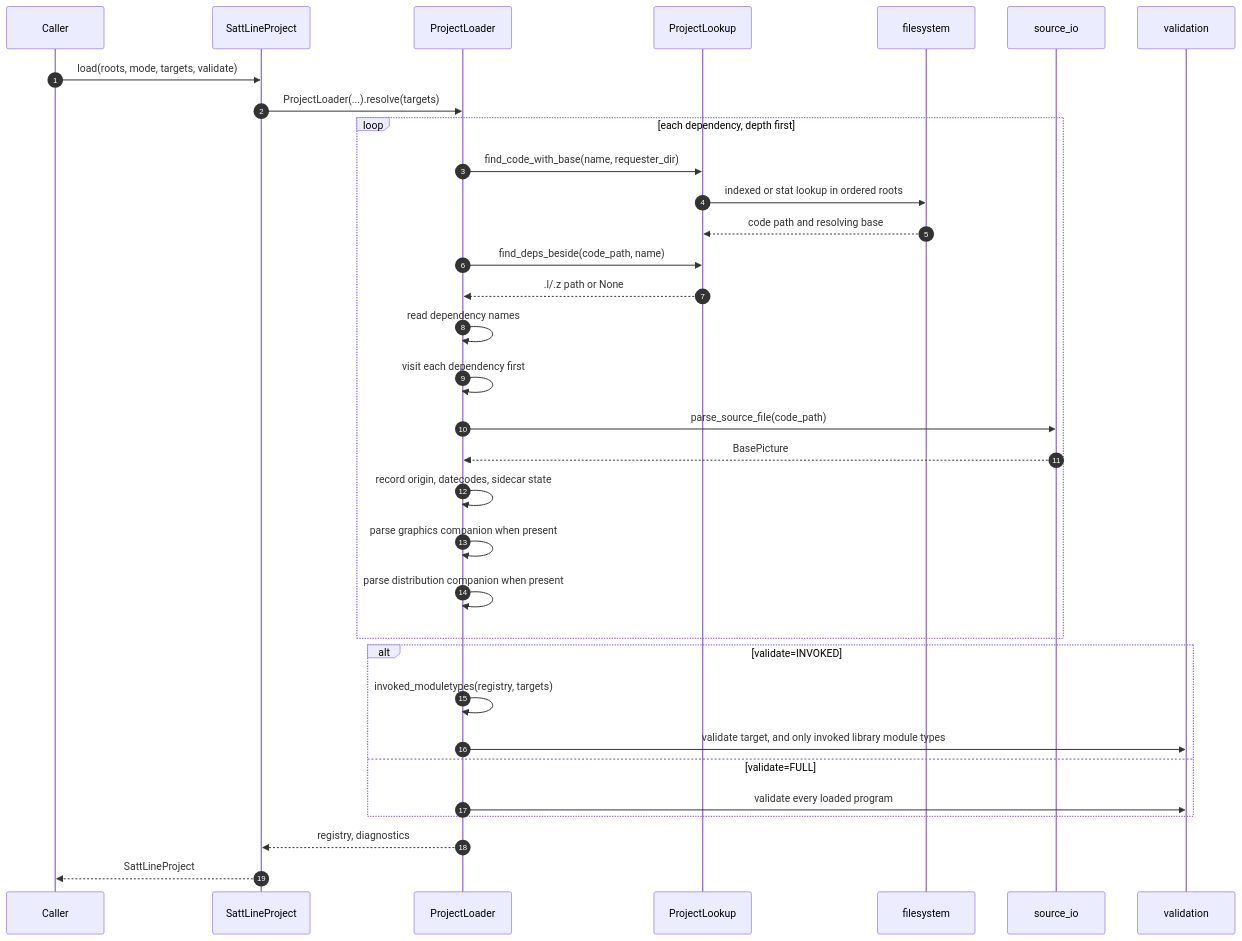
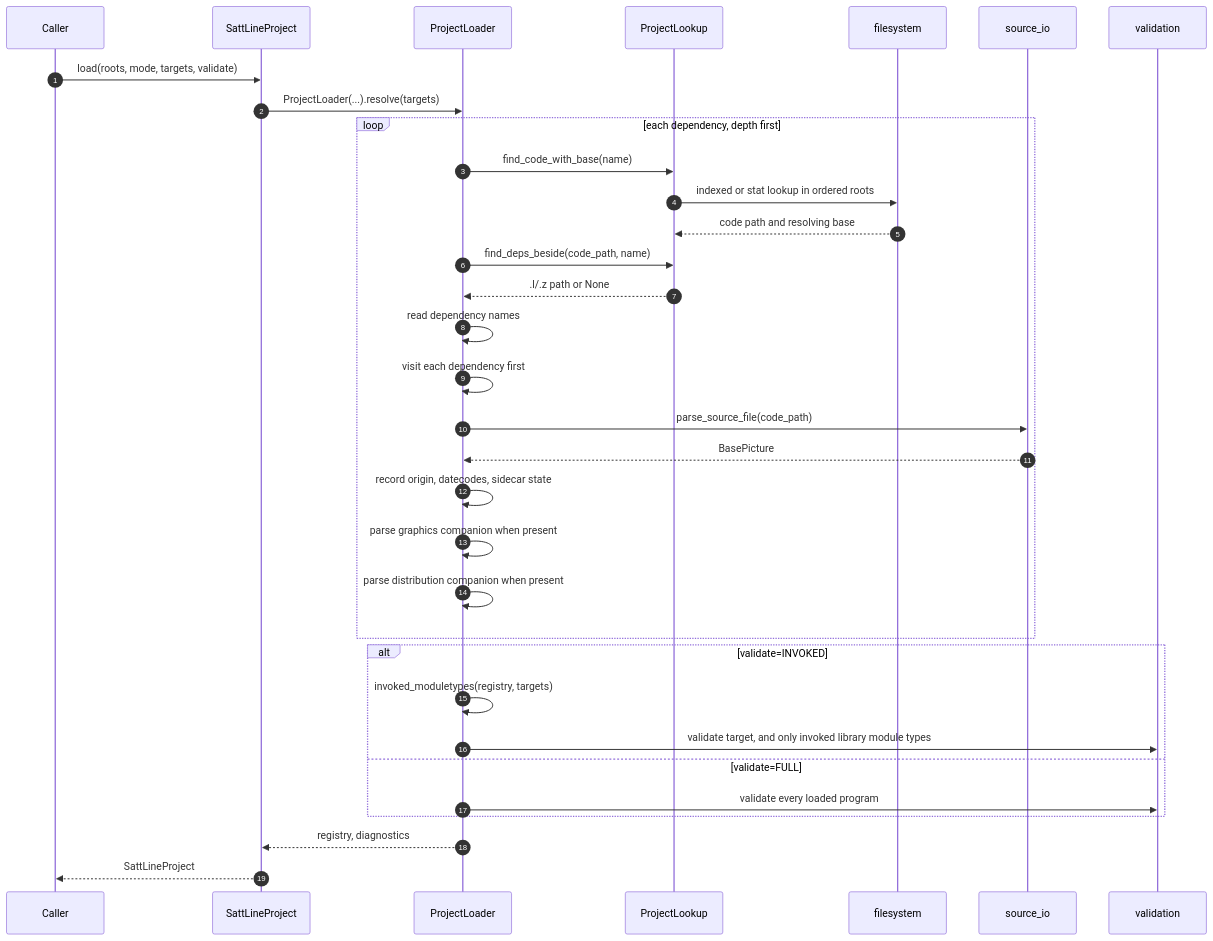
The third of 4 diagrams in docs/architecture.md (SorenHJohansen/sattline-parser), drawn with Mermaid before and after one commit. The commit also changed 15 other files, not shown here.

````diff
--- a/docs/architecture.md
+++ b/docs/architecture.md
@@ -183,36 +183,36 @@
 ```mermaid
 sequenceDiagram
     autonumber
     participant Caller
     participant P as SattLineProject
     participant L as ProjectLoader
     participant D as ProjectLookup
     participant FS as filesystem
     participant S as source_io
     participant V as validation
 
     Caller->>P: load(roots, mode, targets, validate)
     P->>L: ProjectLoader(...).resolve(targets)
     loop each dependency, depth first
-        L->>D: find_code_with_base(name, requester_dir)
+        L->>D: find_code_with_base(name)
         D->>FS: indexed or stat lookup in ordered roots
         FS-->>D: code path and resolving base
         L->>D: find_deps_beside(code_path, name)
         D-->>L: .l/.z path or None
         L->>L: read dependency names
         L->>L: visit each dependency first
         L->>S: parse_source_file(code_path)
         S-->>L: BasePicture
         L->>L: record origin, datecodes, sidecar state
         L->>L: parse graphics companion when present
         L->>L: parse distribution companion when present
     end
     alt validate=INVOKED
         L->>L: invoked_moduletypes(registry, targets)
         L->>V: validate target, and only invoked library module types
     else validate=FULL
         L->>V: validate every loaded program
     end
     L-->>P: registry, diagnostics
     P-->>Caller: SattLineProject
 ```
````
